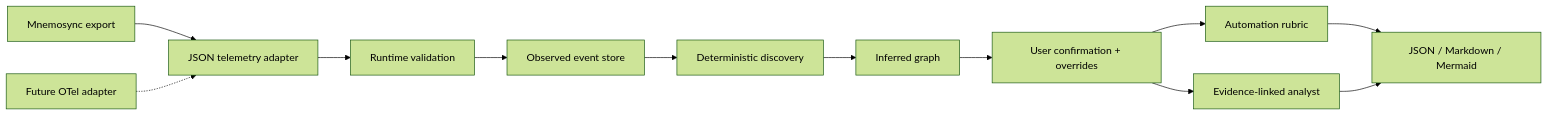
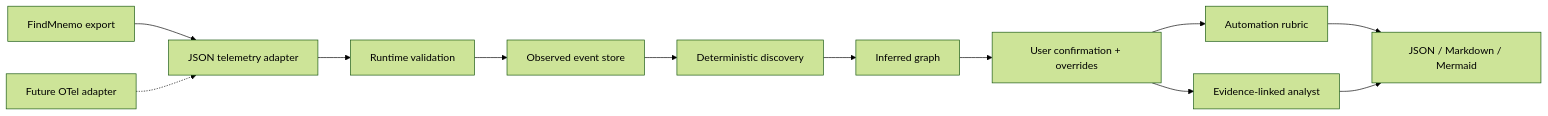
Before and after one commit to flowersbl00minadarkr00m/flowsensa: the diagram in docs/architecture.md, drawn with Mermaid (forest theme). The commit also changed other lines of this file and 12 other files, not shown here.

First line of the commit message:
Adopt FindMnemo naming; ship shared personal-ontology package

````diff
--- a/docs/architecture.md
+++ b/docs/architecture.md
@@ -5,14 +5,14 @@
 ```mermaid
 flowchart LR
-  M["Mnemosync export"] --> J["JSON telemetry adapter"]
+  M["FindMnemo export"] --> J["JSON telemetry adapter"]
   O["Future OTel adapter"] -.-> J
   J --> V["Runtime validation"]
   V --> E["Observed event store"]
   E --> D["Deterministic discovery"]
   D --> I["Inferred graph"]
   I --> C["User confirmation + overrides"]
   C --> R["Automation rubric"]
   C --> Q["Evidence-linked analyst"]
   R --> X["JSON / Markdown / Mermaid"]
   Q --> X
 ```
````
